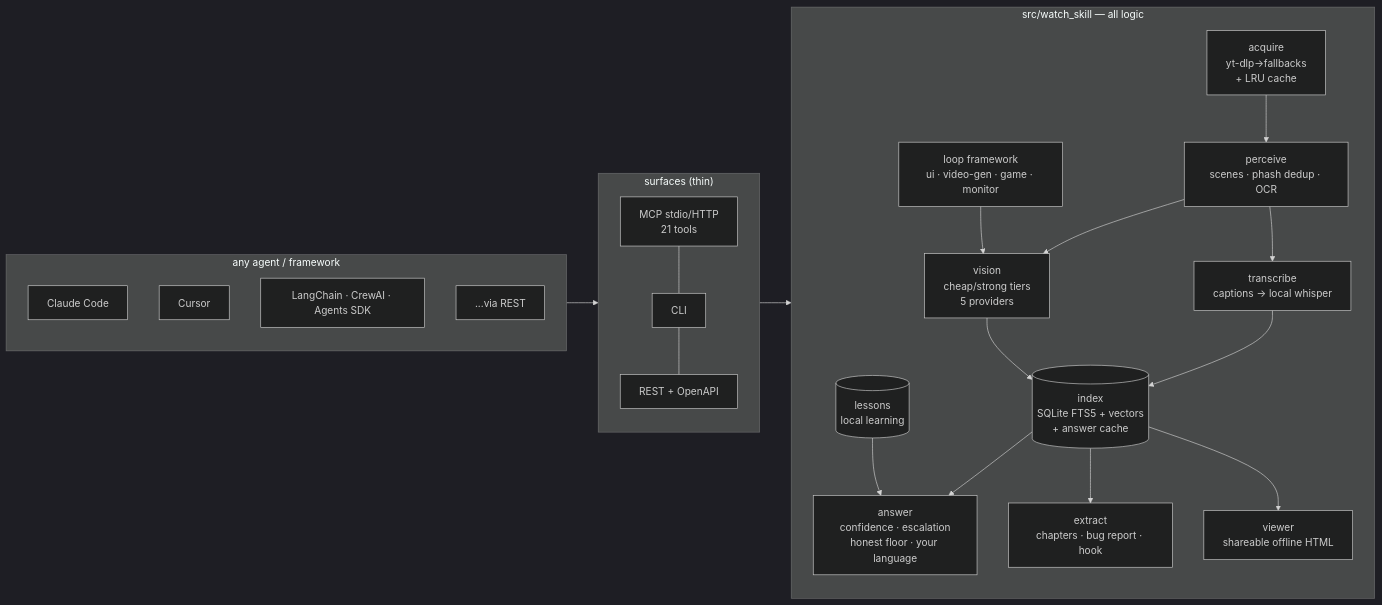
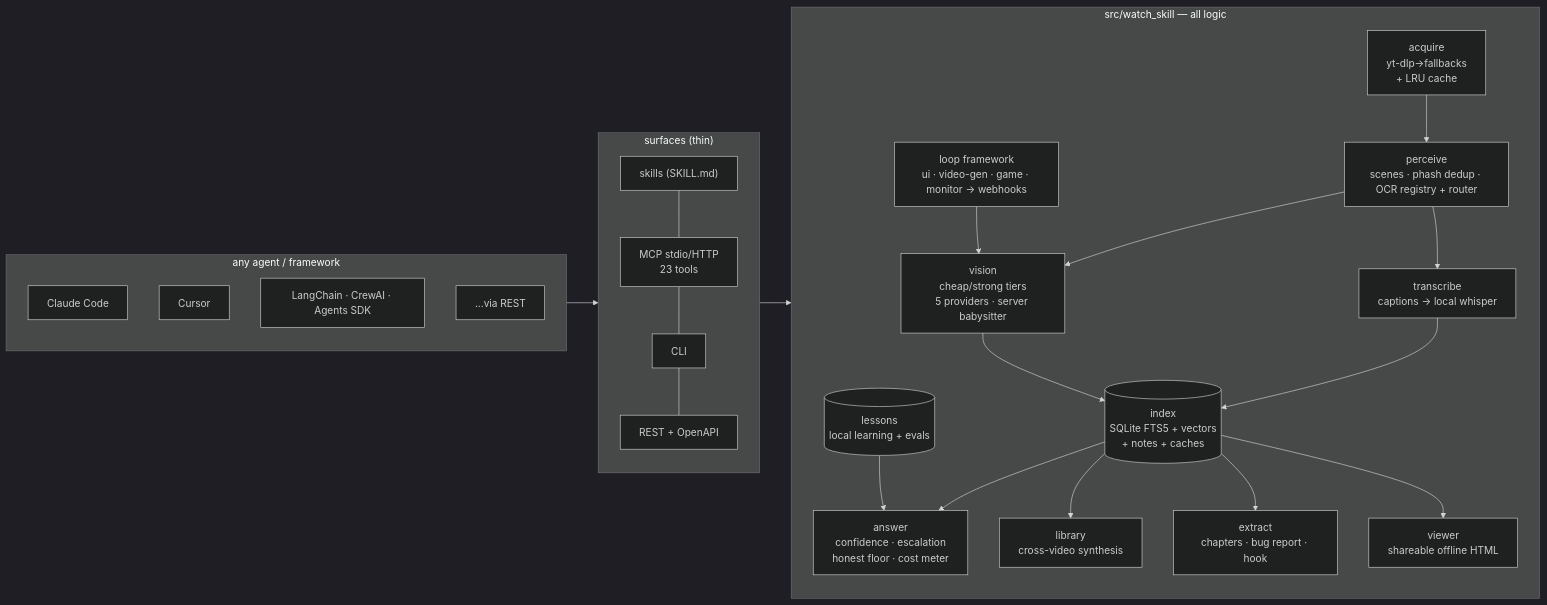
One commit to oxbshw/watch-skill changed the diagram in README.md. Above: the diagram before and after it, drawn with Mermaid (dark theme). The commit also changed other lines of this file and 14 other files, not shown here.

First line of the commit message:
feat(loop,docs): flow cues + verb-shedding banned terms; the v1.0 story

````diff
--- a/README.md
+++ b/README.md
@@ -183,22 +205,23 @@
 ```mermaid
 flowchart LR
     subgraph agents["any agent / framework"]
         CC[Claude Code] & CU[Cursor] & LC[LangChain · CrewAI · Agents SDK] & GA["...via REST"]
     end
     subgraph surfaces["surfaces (thin)"]
-        MCP["MCP stdio/HTTP<br/>21 tools"] --- CLI[CLI] --- API[REST + OpenAPI]
+        SK["skills (SKILL.md)"] --- MCP["MCP stdio/HTTP<br/>23 tools"] --- CLI[CLI] --- API[REST + OpenAPI]
     end
     subgraph core["src/watch_skill — all logic"]
-        AC[acquire<br/>yt-dlp→fallbacks<br/>+ LRU cache] --> PE[perceive<br/>scenes · phash dedup · OCR]
+        AC[acquire<br/>yt-dlp→fallbacks<br/>+ LRU cache] --> PE[perceive<br/>scenes · phash dedup · OCR registry + router]
         PE --> TR[transcribe<br/>captions → local whisper]
-        TR --> IX[(index<br/>SQLite FTS5 + vectors<br/>+ answer cache)]
-        PE --> VI[vision<br/>cheap/strong tiers<br/>5 providers]
+        TR --> IX[(index<br/>SQLite FTS5 + vectors<br/>+ notes + caches)]
+        PE --> VI[vision<br/>cheap/strong tiers<br/>5 providers · server babysitter]
         VI --> IX
-        IX --> AN[answer<br/>confidence · escalation<br/>honest floor · your language]
-        LS[(lessons<br/>local learning)] --> AN
+        IX --> AN[answer<br/>confidence · escalation<br/>honest floor · cost meter]
+        IX --> LB[library<br/>cross-video synthesis]
+        LS[(lessons<br/>local learning + evals)] --> AN
         IX --> EX[extract<br/>chapters · bug report · hook]
         IX --> VW[viewer<br/>shareable offline HTML]
-        LP[loop framework<br/>ui · video-gen · game · monitor] --> VI
+        LP[loop framework<br/>ui · video-gen · game · monitor → webhooks] --> VI
     end
     agents --> surfaces --> core
 ```
````
